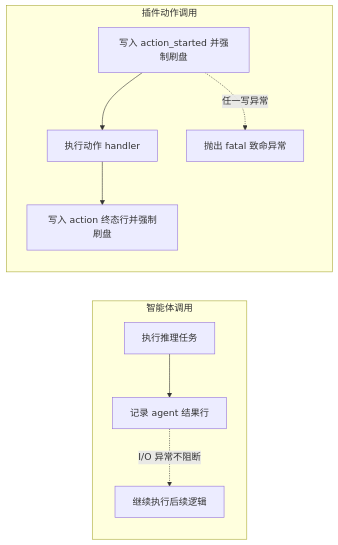
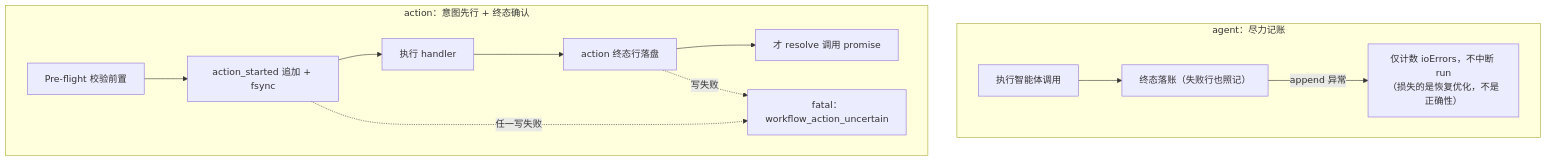
Before and after one commit to team4u/helm: the diagram in docs/workflows/journaling-recovery.md, drawn with Mermaid. The commit also changed other lines of this file and 67 other files, not shown here.

````diff
--- a/docs/workflows/journaling-recovery.md
+++ b/docs/workflows/journaling-recovery.md
@@ -96,12 +39,15 @@
 ```mermaid
-flowchart LR
-    subgraph Agent["智能体调用"]
-        A1["执行推理任务"] --> A2["记录 agent 结果行"]
-        A2 -.->|I/O 异常不阻断| A3["继续执行后续逻辑"]
+flowchart TD
+    subgraph Agent["agent：尽力记账"]
+        A1["执行智能体调用"] --> A2["终态落账（失败行也照记）"]
+        A2 -->|"append 异常"| A3["仅计数 ioErrors，不中断 run<br/>（损失的是恢复优化，不是正确性）"]
     end
-    subgraph Action["插件动作调用"]
-        B1["写入 action_started 并强制刷盘"] --> B2["执行动作 handler"]
-        B2 --> B3["写入 action 终态行并强制刷盘"]
-        B1 -.->|任一写异常| B4["抛出 fatal 致命异常"]
+    subgraph Action["action：意图先行 + 终态确认"]
+        B0["Pre-flight 校验前置"] --> B1["action_started 追加 + fsync"]
+        B1 --> B2["执行 handler"]
+        B2 --> B3["action 终态行落盘"]
+        B3 --> B4["才 resolve 调用 promise"]
+        B1 -.->|"任一写失败"| BF["fatal：workflow_action_uncertain"]
+        B3 -.->|"写失败"| BF
     end
 ```
````
